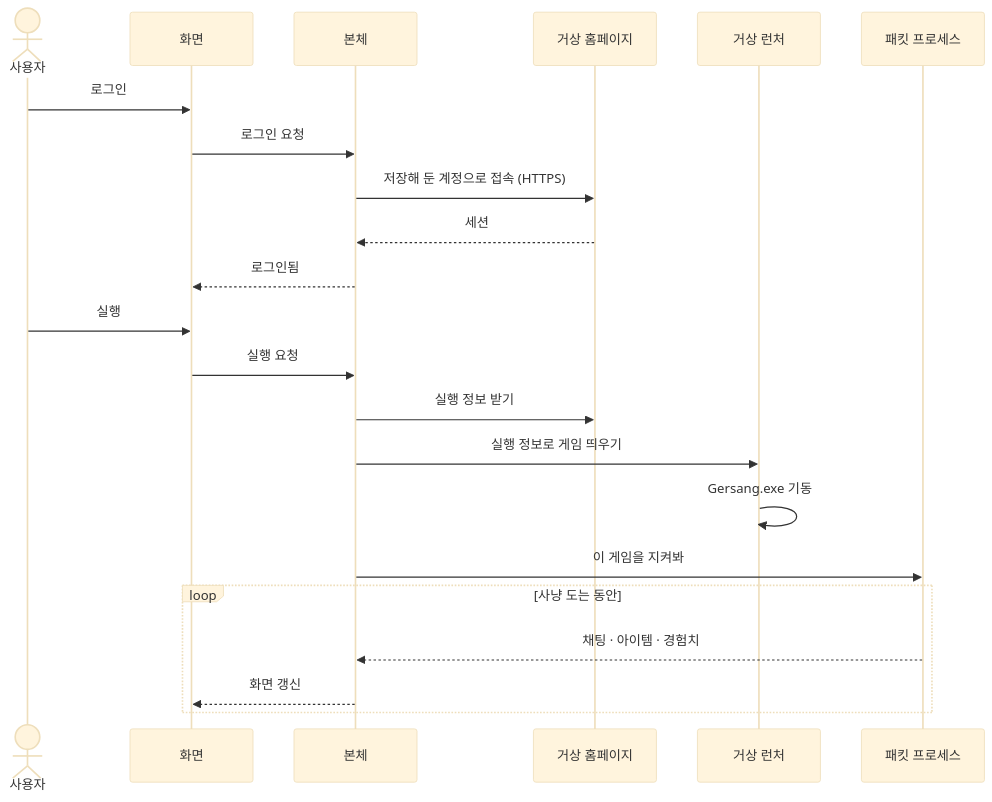
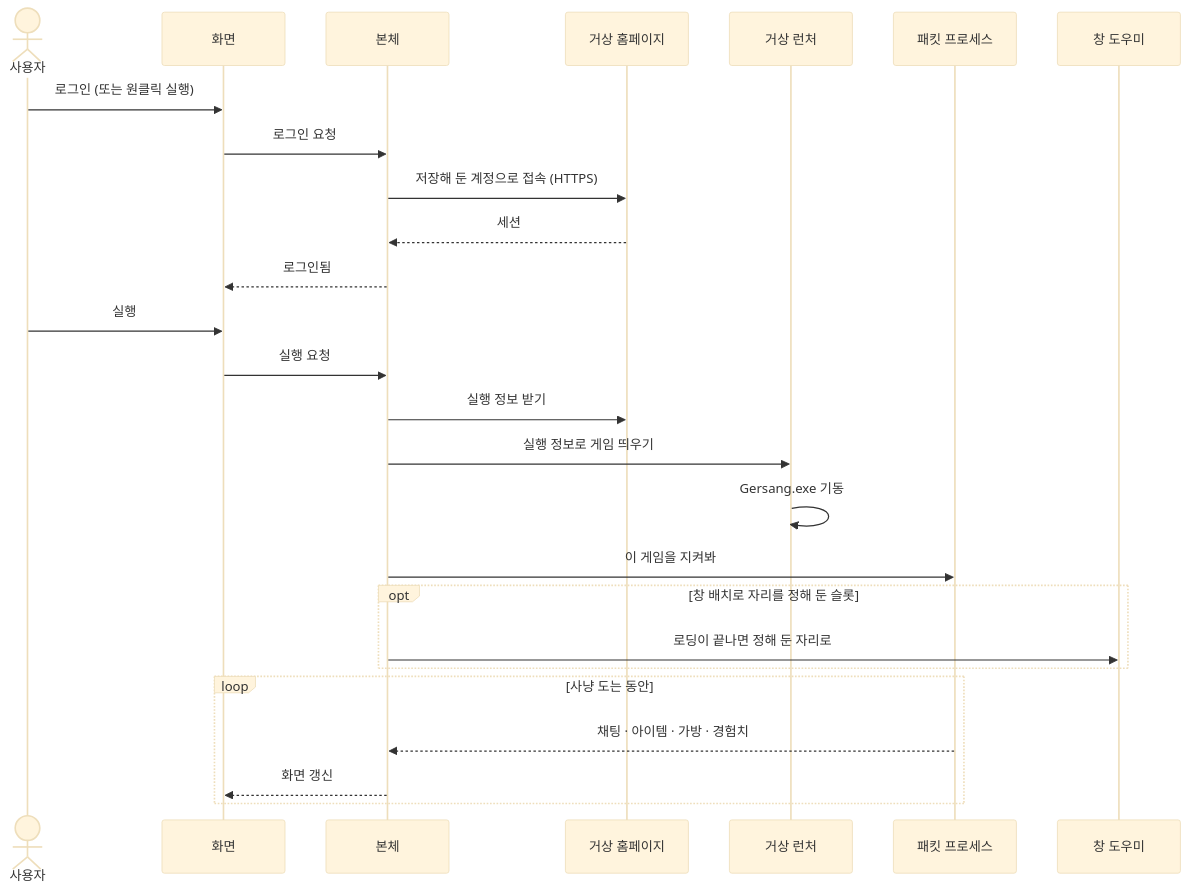
Before and after one commit to gtrackers/g-tracker: the third of 5 diagrams in ARCHITECTURE.md, drawn with Mermaid (base theme). The commit also changed other lines of this file and 2 other files, not shown here.

Commit message:
updated: readme.md, guide.md, architecture.md

````diff
--- a/ARCHITECTURE.md
+++ b/ARCHITECTURE.md
@@ -102,27 +111,32 @@
 ```mermaid
 sequenceDiagram
     actor U as 사용자
     participant R as 화면
     participant M as 본체
     participant S as 거상 홈페이지
     participant L as 거상 런처
     participant W as 패킷 프로세스
+    participant H as 창 도우미
 
-    U->>R: 로그인
+    U->>R: 로그인 (또는 원클릭 실행)
     R->>M: 로그인 요청
     M->>S: 저장해 둔 계정으로 접속 (HTTPS)
     S-->>M: 세션
     M-->>R: 로그인됨
 
     U->>R: 실행
     R->>M: 실행 요청
     M->>S: 실행 정보 받기
     M->>L: 실행 정보로 게임 띄우기
     L->>L: Gersang.exe 기동
     M->>W: 이 게임을 지켜봐
 
+    opt 창 배치로 자리를 정해 둔 슬롯
+        M->>H: 로딩이 끝나면 정해 둔 자리로
+    end
+
     loop 사냥 도는 동안
-        W-->>M: 채팅 · 아이템 · 경험치
+        W-->>M: 채팅 · 아이템 · 가방 · 경험치
         M-->>R: 화면 갱신
     end
 ```
````
